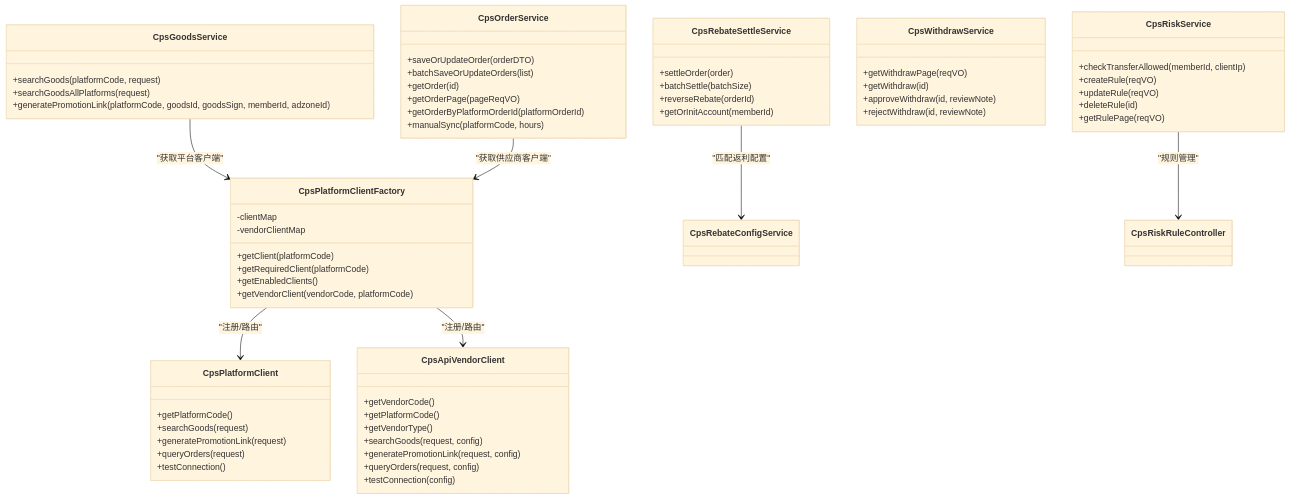
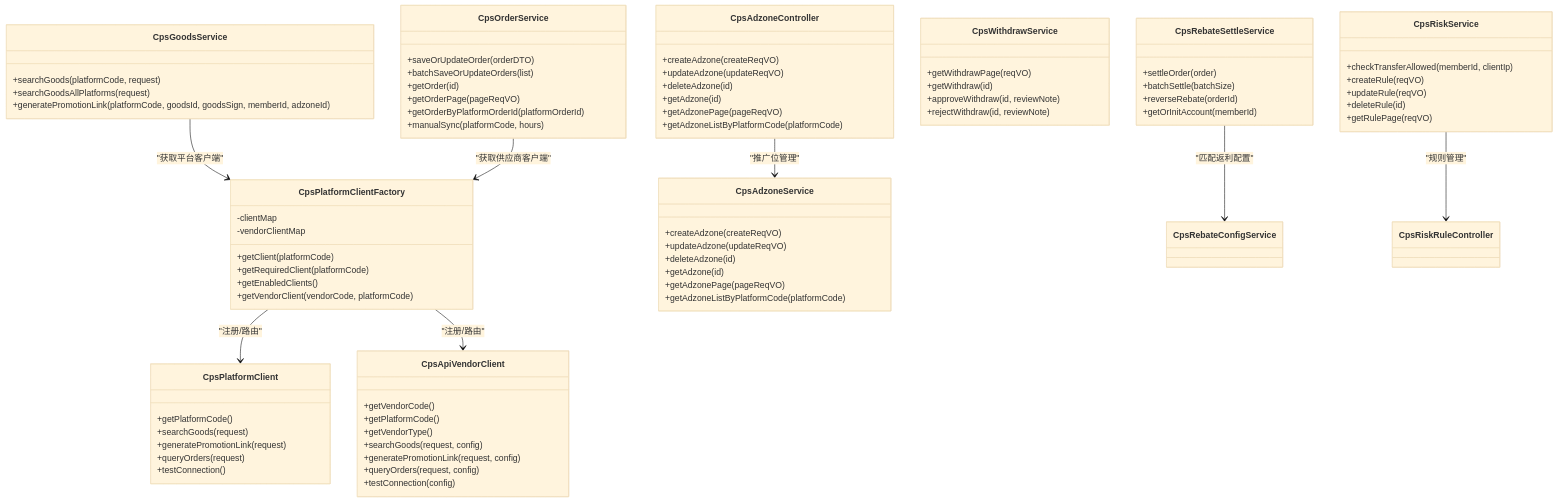
Before and after one commit to zhuangpengLI/AgenticCPS: the second of 12 diagrams in .qoder/repowiki/zh/content/后端系统/CPS联盟返利系统/CPS联盟返利系统.md, drawn with Mermaid (base theme). The commit also changed other lines of this file and 5 other files, not shown here.

````diff
--- a/.qoder/repowiki/zh/content/后端系统/CPS联盟返利系统/CPS联盟返利系统.md
+++ b/.qoder/repowiki/zh/content/后端系统/CPS联盟返利系统/CPS联盟返利系统.md
@@ -108,65 +129,82 @@
 ```mermaid
 classDiagram
 class CpsPlatformClient {
 +getPlatformCode()
 +searchGoods(request)
 +generatePromotionLink(request)
 +queryOrders(request)
 +testConnection()
 }
 class CpsApiVendorClient {
 +getVendorCode()
 +getPlatformCode()
 +getVendorType()
 +searchGoods(request, config)
 +generatePromotionLink(request, config)
 +queryOrders(request, config)
 +testConnection(config)
 }
 class CpsPlatformClientFactory {
 -clientMap
 -vendorClientMap
 +getClient(platformCode)
 +getRequiredClient(platformCode)
 +getEnabledClients()
 +getVendorClient(vendorCode, platformCode)
 }
 class CpsGoodsService {
 +searchGoods(platformCode, request)
 +searchGoodsAllPlatforms(request)
 +generatePromotionLink(platformCode, goodsId, goodsSign, memberId, adzoneId)
 }
 class CpsOrderService {
 +saveOrUpdateOrder(orderDTO)
 +batchSaveOrUpdateOrders(list)
 +getOrder(id)
 +getOrderPage(pageReqVO)
 +getOrderByPlatformOrderId(platformOrderId)
 +manualSync(platformCode, hours)
 }
 class CpsRebateSettleService {
 +settleOrder(order)
 +batchSettle(batchSize)
 +reverseRebate(orderId)
 +getOrInitAccount(memberId)
 }
 class CpsWithdrawService {
 +getWithdrawPage(reqVO)
 +getWithdraw(id)
 +approveWithdraw(id, reviewNote)
 +rejectWithdraw(id, reviewNote)
 }
 class CpsRiskService {
 +checkTransferAllowed(memberId, clientIp)
 +createRule(reqVO)
 +updateRule(reqVO)
 +deleteRule(id)
 +getRulePage(reqVO)
 }
+class CpsAdzoneService {
++createAdzone(createReqVO)
++updateAdzone(updateReqVO)
++deleteAdzone(id)
++getAdzone(id)
++getAdzonePage(pageReqVO)
++getAdzoneListByPlatformCode(platformCode)
+}
+class CpsAdzoneController {
++createAdzone(createReqVO)
++updateAdzone(updateReqVO)
++deleteAdzone(id)
++getAdzone(id)
++getAdzonePage(pageReqVO)
++getAdzoneListByPlatformCode(platformCode)
+}
 CpsPlatformClientFactory --> CpsPlatformClient : "注册/路由"
 CpsPlatformClientFactory --> CpsApiVendorClient : "注册/路由"
 CpsGoodsService --> CpsPlatformClientFactory : "获取平台客户端"
 CpsOrderService --> CpsPlatformClientFactory : "获取供应商客户端"
 CpsRebateSettleService --> CpsRebateConfigService : "匹配返利配置"
 CpsRiskService --> CpsRiskRuleController : "规则管理"
+CpsAdzoneController --> CpsAdzoneService : "推广位管理"
 ```
````
